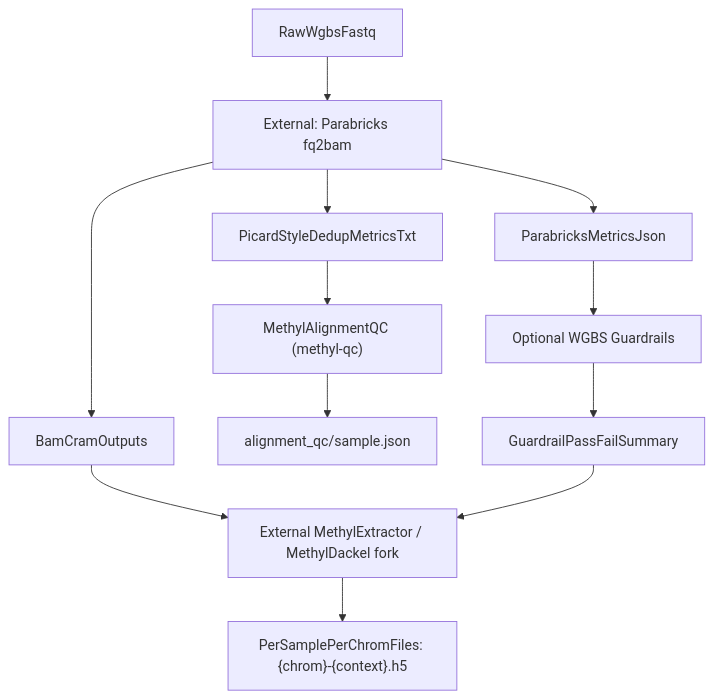
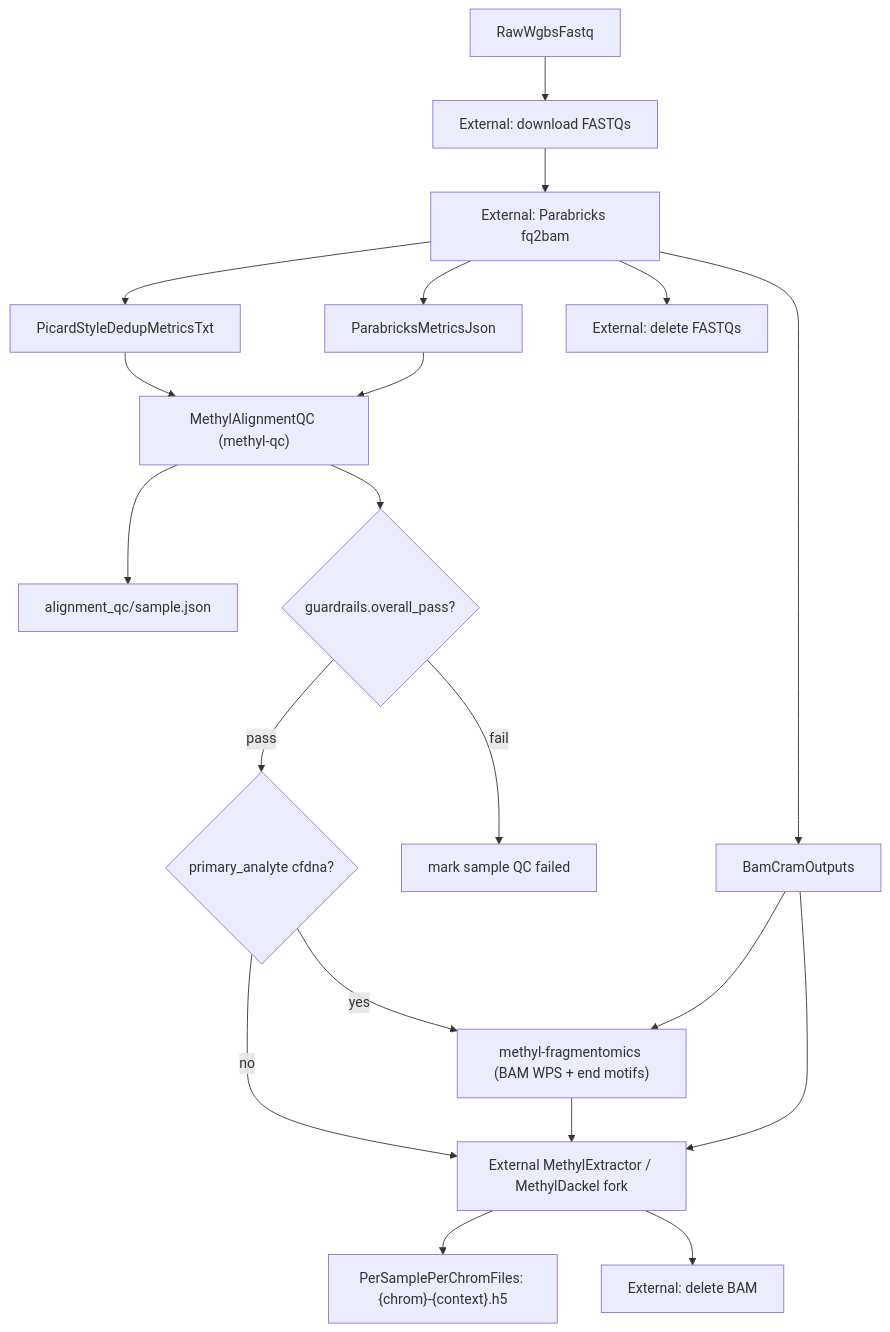
One commit to Goliath-Research/GoliathWorkflow changed the first of 6 diagrams in docs/WORKFLOW_DIAGRAM_PACK_Healthy_vs_PCa1-4-CG.md. Above: the diagram before and after it, drawn with Mermaid. The commit also changed other lines of this file and 12 other files, not shown here.

First line of the commit message:
Enhance SamplePrepPipeline documentation and workflow architecture

````diff
--- a/docs/WORKFLOW_DIAGRAM_PACK_Healthy_vs_PCa1-4-CG.md
+++ b/docs/WORKFLOW_DIAGRAM_PACK_Healthy_vs_PCa1-4-CG.md
@@ -21,17 +23,24 @@
 ```mermaid
 flowchart TD
-  fastq[RawWgbsFastq] --> pb_fq2bam["External: Parabricks fq2bam"]
+  fastq[RawWgbsFastq] --> dl["External: download FASTQs"]
+  dl --> pb_fq2bam["External: Parabricks fq2bam"]
   pb_fq2bam --> bam[BamCramOutputs]
   pb_fq2bam --> dedup_metrics[PicardStyleDedupMetricsTxt]
   pb_fq2bam --> parabricks_metrics[ParabricksMetricsJson]
+  pb_fq2bam --> delFq["External: delete FASTQs"]
 
   dedup_metrics --> methyl_qc["MethylAlignmentQC (methyl-qc)"]
+  parabricks_metrics --> methyl_qc
   methyl_qc --> qc_json[alignment_qc/sample.json]
+  methyl_qc --> gate{guardrails.overall_pass?}
 
-  parabricks_metrics --> wgbs_guardrails["Optional WGBS Guardrails"]
-  wgbs_guardrails --> guardrail_report[GuardrailPassFailSummary]
-
-  bam --> methyl_extractor["External MethylExtractor / MethylDackel fork"]
-  guardrail_report --> methyl_extractor
+  gate -->|fail| failSample[mark sample QC failed]
+  gate -->|pass| cfdnaCheck{primary_analyte cfdna?}
+  cfdnaCheck -->|yes| fragomics["methyl-fragmentomics (BAM WPS + end motifs)"]
+  cfdnaCheck -->|no| methyl_extractor["External MethylExtractor / MethylDackel fork"]
+  fragomics --> methyl_extractor
+  bam --> fragomics
+  bam --> methyl_extractor
   methyl_extractor --> h5_samples["PerSamplePerChromFiles: {chrom}-{context}.h5"]
+  methyl_extractor --> delBam["External: delete BAM"]
 ```
````
